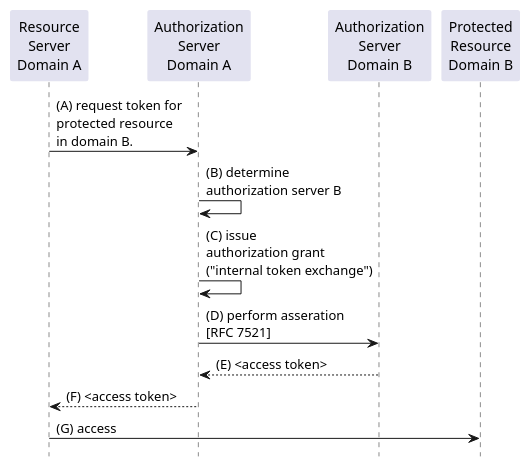
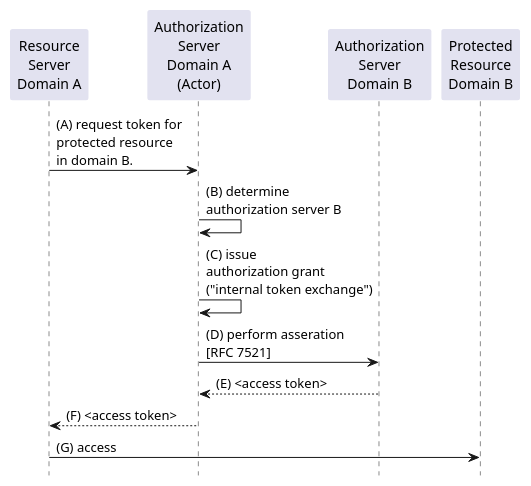
Before and after one commit to oauth-wg/oauth-identity-chaining: the diagram in diagrams/example-as.puml, drawn with PlantUML. The commit also changed 3 other files, not shown here.

```diff
--- a/diagrams/example-as.puml
+++ b/diagrams/example-as.puml
@@ -1,26 +1,26 @@
 @startuml "example-as"
 hide footbox
 skinparam {
     sequenceParticipantBorderThickness 0
 }
 
 participant RSa as "Resource\nServer\nDomain A"
-participant ASa as "Authorization\nServer\nDomain A"
+participant ASa as "Authorization\nServer\nDomain A\n(Actor)"
 participant ASb as "Authorization\nServer\nDomain B"
 participant PRb as "Protected\nResource\nDomain B"
 
 RSa -> ASa: (A) request token for\nprotected resource\nin domain B.
 
 ASa -> ASa: (B) determine\nauthorization server B
 
 ASa -> ASa: (C) issue\nauthorization grant\n("internal token exchange")
 
 ASa -> ASb: (D) perform asseration\n[RFC 7521]
 return (E) <access token>
 
 RSa <-- ASa: (F) <access token>
 
 RSa -> PRb: (G) access
 
 
 @enduml
```
